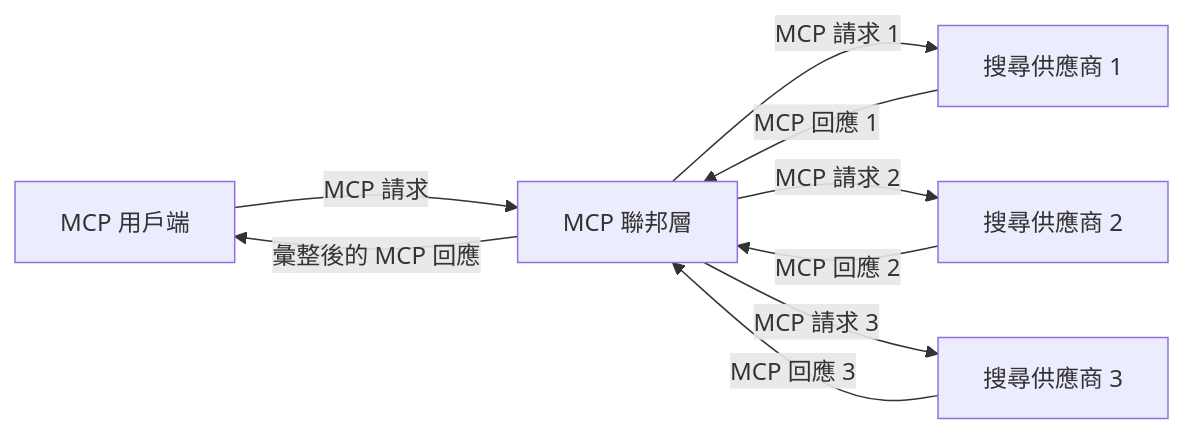
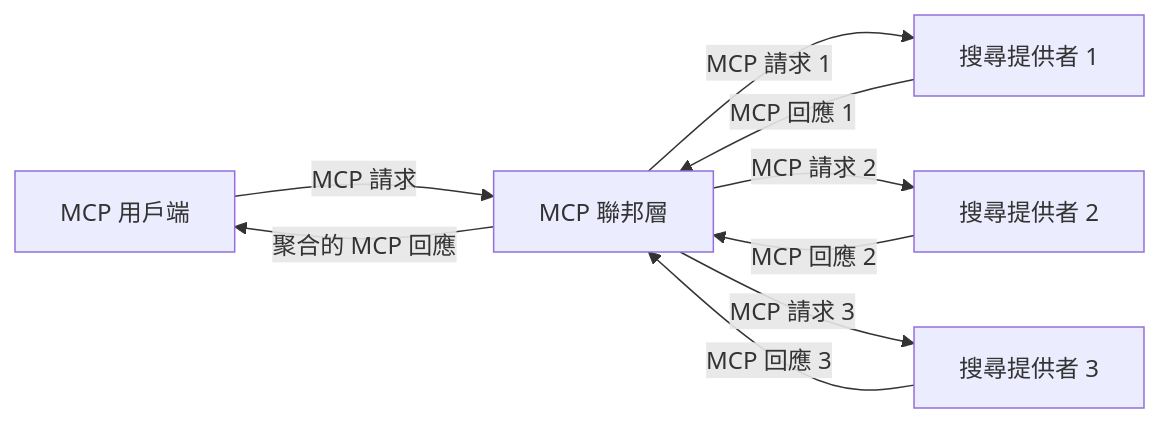
Before and after one commit to microsoft/mcp-for-beginners: the third of 4 diagrams in translations/zh-TW/05-AdvancedTopics/mcp-realtimesearch/README.md, drawn with Mermaid. The commit also changed other lines of this file and 103 other files, not shown here.

````diff
--- a/translations/zh-TW/05-AdvancedTopics/mcp-realtimesearch/README.md
+++ b/translations/zh-TW/05-AdvancedTopics/mcp-realtimesearch/README.md
@@ -610,11 +612,11 @@
 ```mermaid
 graph LR
     Client[MCP 用戶端] --> |MCP 請求| Federation[MCP 聯邦層]
-    Federation --> |MCP 請求 1| Search1[搜尋供應商 1]
-    Federation --> |MCP 請求 2| Search2[搜尋供應商 2]
-    Federation --> |MCP 請求 3| Search3[搜尋供應商 3]
+    Federation --> |MCP 請求 1| Search1[搜尋提供者 1]
+    Federation --> |MCP 請求 2| Search2[搜尋提供者 2]
+    Federation --> |MCP 請求 3| Search3[搜尋提供者 3]
     Search1 --> |MCP 回應 1| Federation
     Search2 --> |MCP 回應 2| Federation
     Search3 --> |MCP 回應 3| Federation
-    Federation --> |彙整後的 MCP 回應| Client
+    Federation --> |聚合的 MCP 回應| Client
 ```
````
